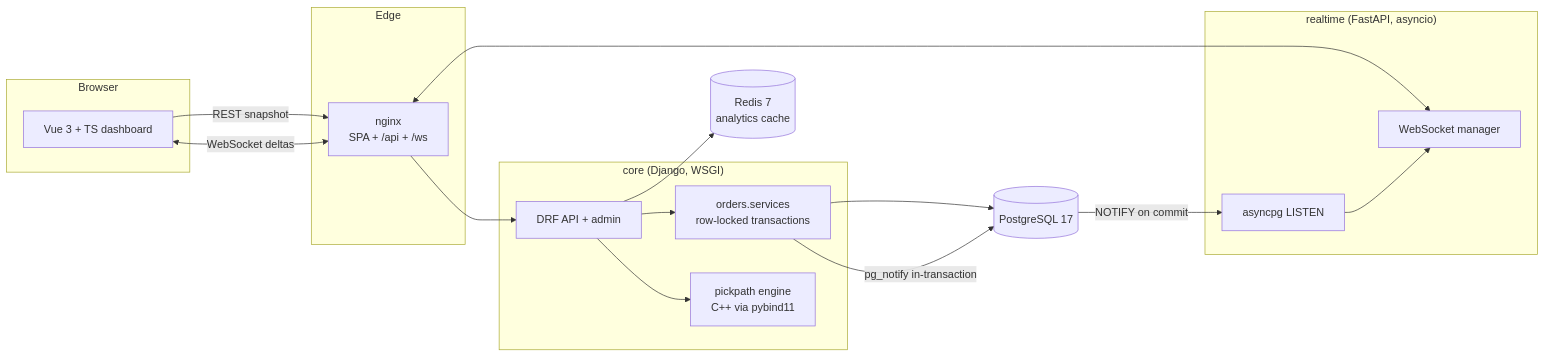
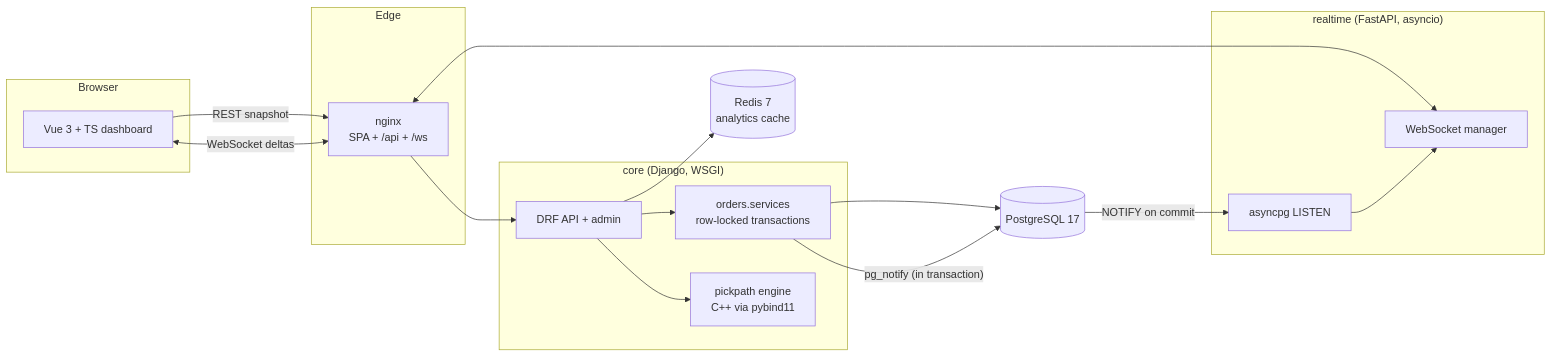
The diagram in docs/architecture.md (AriyanTipu/realtime-orders-platform), drawn with Mermaid before and after one commit. The commit also changed other lines of this file and 36 other files, not shown here.

````diff
--- a/docs/architecture.md
+++ b/docs/architecture.md
@@ -6,32 +6,32 @@
 ```mermaid
 flowchart LR
     subgraph Browser
         UI[Vue 3 + TS dashboard]
     end
 
     subgraph Edge
         NG[nginx\nSPA + /api + /ws]
     end
 
     subgraph Core["core (Django, WSGI)"]
         API[DRF API + admin]
         SVC[orders.services\nrow-locked transactions]
         CPP[pickpath engine\nC++ via pybind11]
     end
 
     subgraph Realtime["realtime (FastAPI, asyncio)"]
         WS[WebSocket manager]
         LSN[asyncpg LISTEN]
     end
 
     PG[(PostgreSQL 17)]
     RD[(Redis 7\nanalytics cache)]
 
     UI -->|REST snapshot| NG --> API
     UI <-->|WebSocket deltas| NG <--> WS
     API --> SVC --> PG
-    SVC -->|pg_notify in-transaction| PG
+    SVC -->|"pg_notify (in transaction)"| PG
     PG -->|NOTIFY on commit| LSN --> WS
     API --> RD
     API --> CPP
 ```
````
